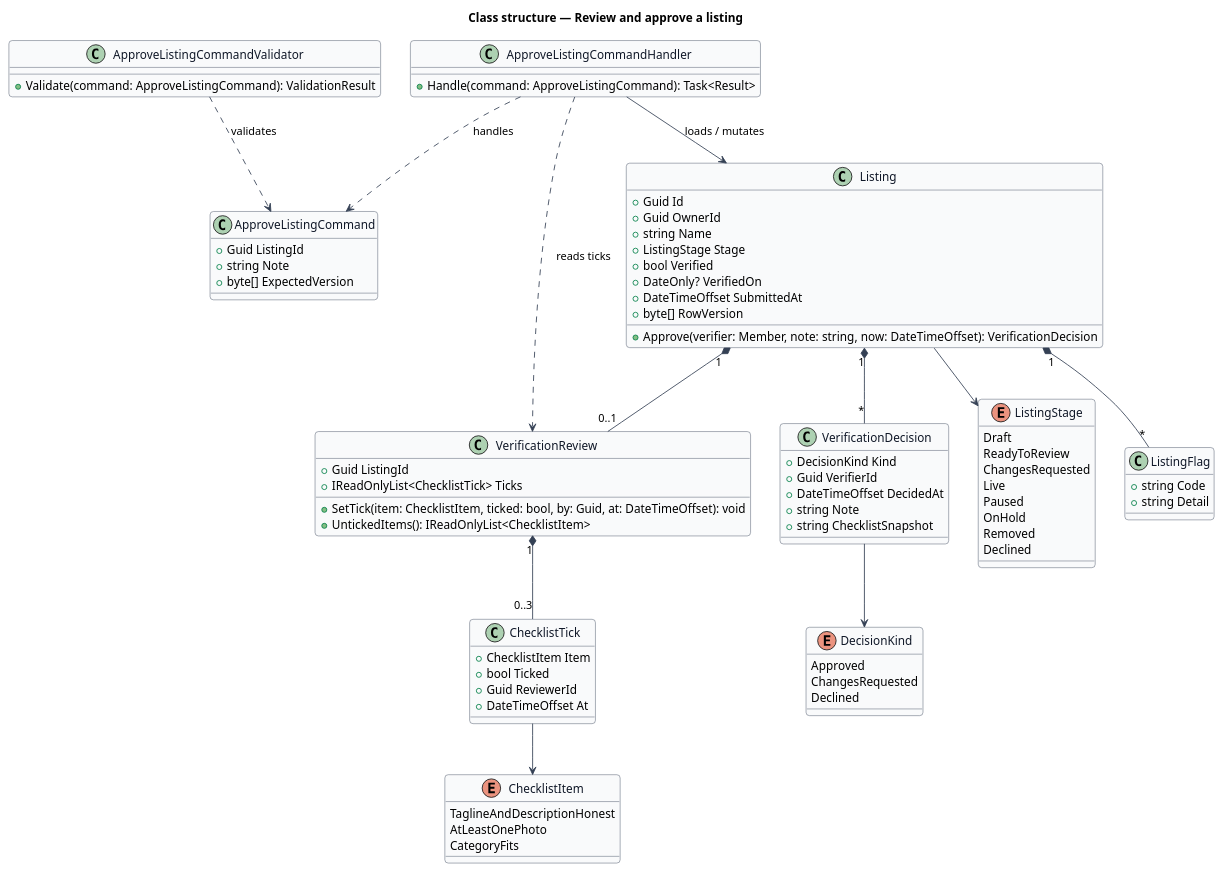
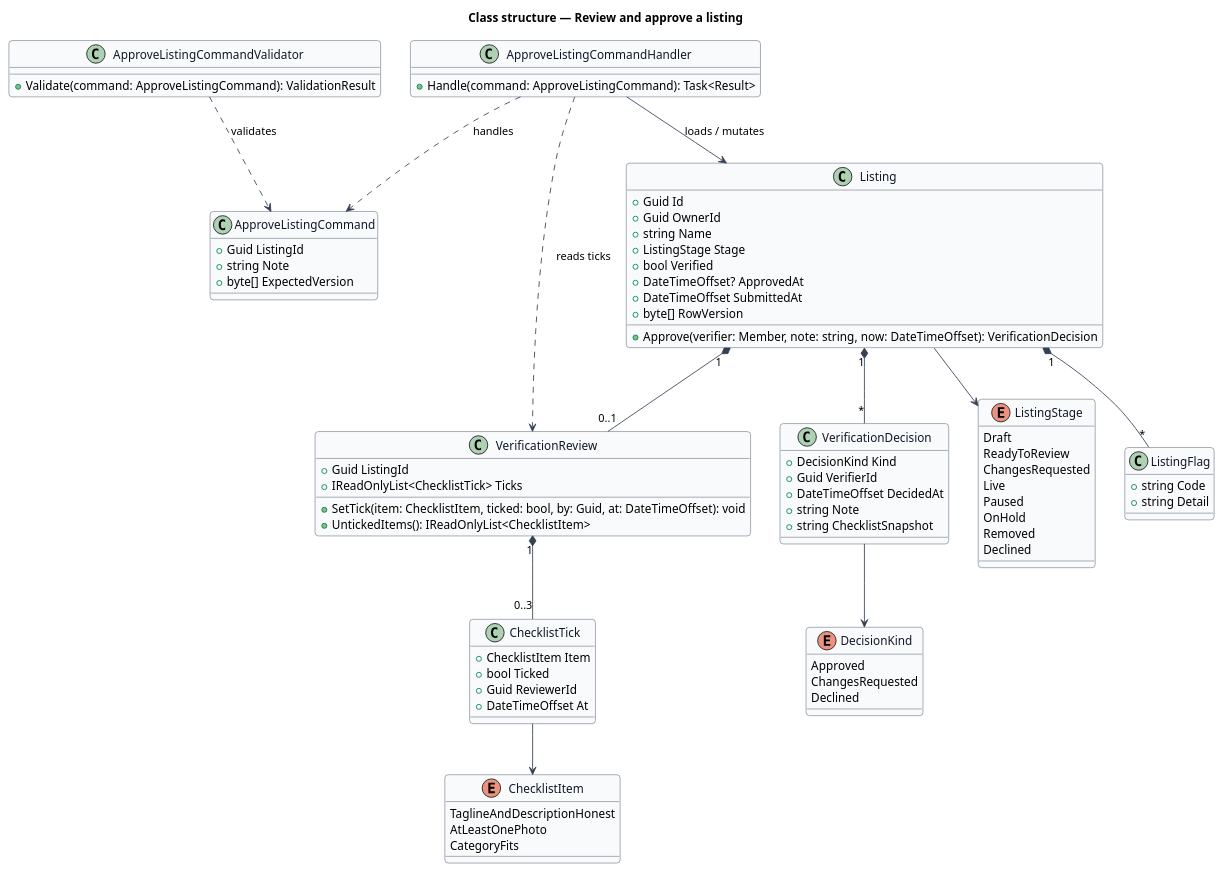
Before and after one commit to QuinntyneBrown/jubilee: the diagram in docs/detailed-designs/verification/review-and-approve-listing/diagrams/class-structure.puml, drawn with PlantUML. The commit also changed 8 other files, not shown here.

First line of the commit message:
Name ApprovedAt as the source of the verified date in the designs

```diff
--- a/docs/detailed-designs/verification/review-and-approve-listing/diagrams/class-structure.puml
+++ b/docs/detailed-designs/verification/review-and-approve-listing/diagrams/class-structure.puml
@@ -1,90 +1,90 @@
 @startuml
 skinparam backgroundColor #FFFFFF
 skinparam shadowing false
 skinparam roundcorner 8
 skinparam defaultFontName Arial
 skinparam ArrowColor #344054
 skinparam class {
   BorderColor #344054
   FontColor #101828
   BackgroundColor #F9FAFB
 }
 title Class structure — Review and approve a listing
 enum ListingStage {
   Draft
   ReadyToReview
   ChangesRequested
   Live
   Paused
   OnHold
   Removed
   Declined
 }
 enum ChecklistItem {
   TaglineAndDescriptionHonest
   AtLeastOnePhoto
   CategoryFits
 }
 enum DecisionKind {
   Approved
   ChangesRequested
   Declined
 }
 class Listing {
   +Guid Id
   +Guid OwnerId
   +string Name
   +ListingStage Stage
   +bool Verified
-  +DateOnly? VerifiedOn
+  +DateTimeOffset? ApprovedAt
   +DateTimeOffset SubmittedAt
   +byte[] RowVersion
   +Approve(verifier: Member, note: string, now: DateTimeOffset): VerificationDecision
 }
 class VerificationReview {
   +Guid ListingId
   +IReadOnlyList<ChecklistTick> Ticks
   +SetTick(item: ChecklistItem, ticked: bool, by: Guid, at: DateTimeOffset): void
   +UntickedItems(): IReadOnlyList<ChecklistItem>
 }
 class ChecklistTick {
   +ChecklistItem Item
   +bool Ticked
   +Guid ReviewerId
   +DateTimeOffset At
 }
 class ListingFlag {
   +string Code
   +string Detail
 }
 class VerificationDecision {
   +DecisionKind Kind
   +Guid VerifierId
   +DateTimeOffset DecidedAt
   +string Note
   +string ChecklistSnapshot
 }
 class ApproveListingCommand {
   +Guid ListingId
   +string Note
   +byte[] ExpectedVersion
 }
 class ApproveListingCommandHandler {
   +Handle(command: ApproveListingCommand): Task<Result>
 }
 class ApproveListingCommandValidator {
   +Validate(command: ApproveListingCommand): ValidationResult
 }
 
 ApproveListingCommandHandler ..> ApproveListingCommand : handles
 ApproveListingCommandValidator ..> ApproveListingCommand : validates
 ApproveListingCommandHandler --> Listing : loads / mutates
 ApproveListingCommandHandler ..> VerificationReview : reads ticks
 Listing "1" *-- "0..1" VerificationReview
 Listing "1" *-- "*" ListingFlag
 Listing "1" *-- "*" VerificationDecision
 VerificationReview "1" *-- "0..3" ChecklistTick
 ChecklistTick --> ChecklistItem
 VerificationDecision --> DecisionKind
 Listing --> ListingStage
 @enduml
```
